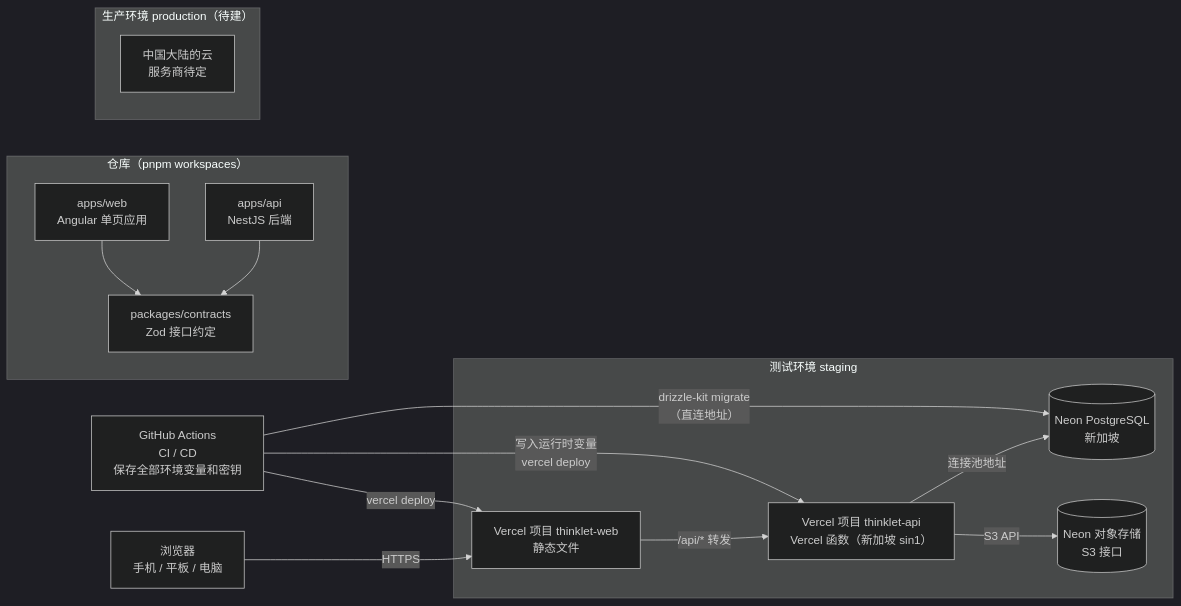
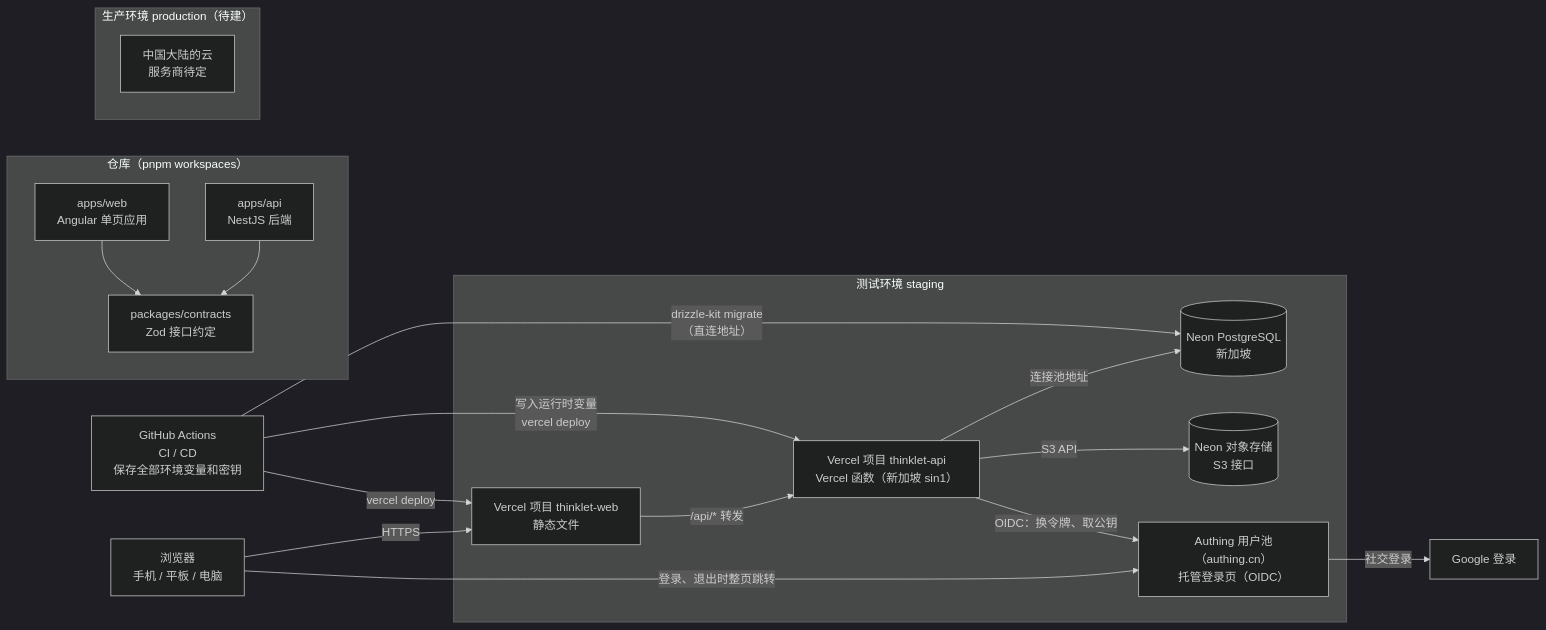
One commit to juanchaopan/thinklet changed the diagram in .docs/architecture.md. Above: the diagram before and after it, drawn with Mermaid (dark theme). The commit also changed other lines of this file and 683 other files, not shown here.

````diff
--- a/.docs/architecture.md
+++ b/.docs/architecture.md
@@ -9,31 +9,37 @@
 ```mermaid
 flowchart LR
   browser["浏览器<br/>手机 / 平板 / 电脑"]
 
   subgraph repo["仓库（pnpm workspaces）"]
     web["apps/web<br/>Angular 单页应用"]
     api["apps/api<br/>NestJS 后端"]
     contracts["packages/contracts<br/>Zod 接口约定"]
   end
 
   subgraph staging["测试环境 staging"]
     vweb["Vercel 项目 thinklet-web<br/>静态文件"]
     vapi["Vercel 项目 thinklet-api<br/>Vercel 函数（新加坡 sin1）"]
     npg[("Neon PostgreSQL<br/>新加坡")]
     ns3[("Neon 对象存储<br/>S3 接口")]
+    authing["Authing 用户池（authing.cn）<br/>托管登录页（OIDC）"]
   end
 
   subgraph production["生产环境 production（待建）"]
     cn["中国大陆的云<br/>服务商待定"]
   end
 
+  google["Google 登录"]
+
   web --> contracts
   api --> contracts
   browser -->|"HTTPS"| vweb
+  browser -->|"登录、退出时整页跳转"| authing
   vweb -->|"/api/* 转发"| vapi
   vapi -->|"连接池地址"| npg
   vapi -->|"S3 API"| ns3
+  vapi -->|"OIDC：换令牌、取公钥"| authing
+  authing -->|"社交登录"| google
   gha["GitHub Actions<br/>CI / CD<br/>保存全部环境变量和密钥"] -->|"drizzle-kit migrate<br/>（直连地址）"| npg
   gha -->|"vercel deploy"| vweb
   gha -->|"写入运行时变量<br/>vercel deploy"| vapi
 ```
````
